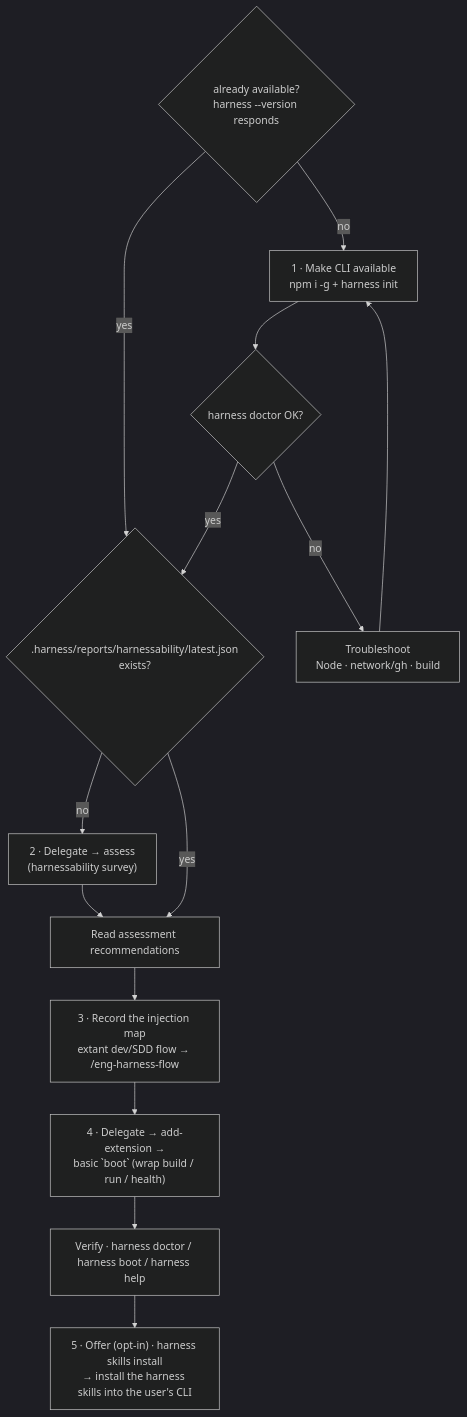
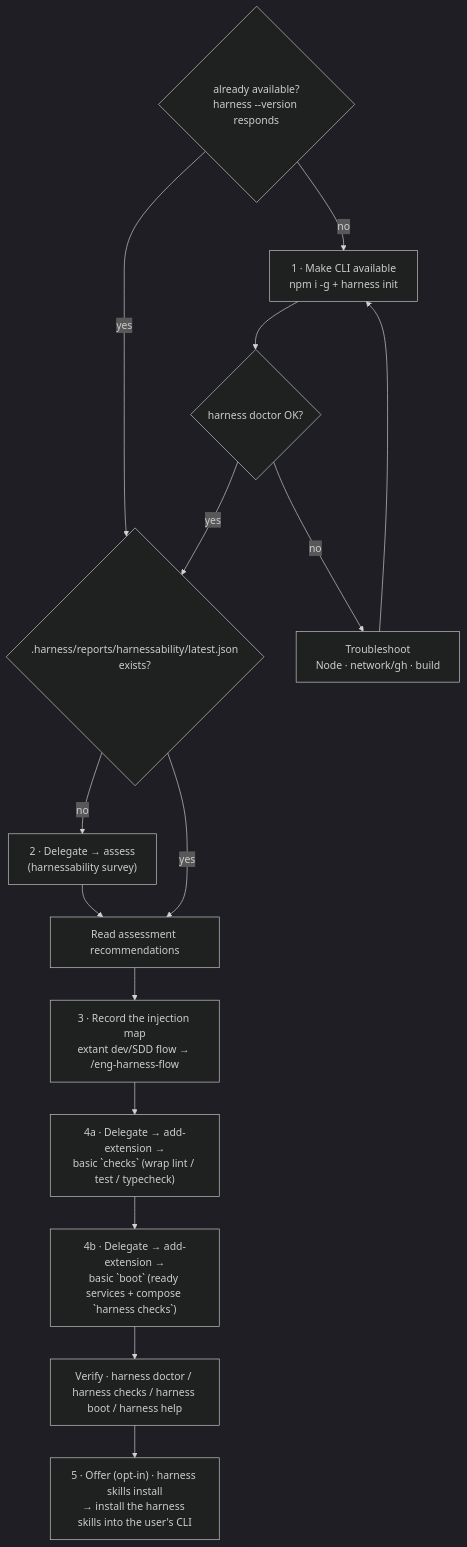
The diagram in skills/eng-harness-flow/references/stages/adopt.md (AI-Substrate/harness-engineering), drawn with Mermaid (dark theme) before and after one commit. The commit also changed other lines of this file and 15 other files, not shown here.

First line of the commit message:
feat(harness): add checks/boot nucleus + doctor quality-gate advisory

````diff
--- a/skills/eng-harness-flow/references/stages/adopt.md
+++ b/skills/eng-harness-flow/references/stages/adopt.md
@@ -23,13 +23,14 @@
 ```mermaid
 flowchart TD
     P{"already available?<br/>harness --version responds"} -- yes --> C
     P -- no --> A["1 · Make CLI available<br/>npm i -g + harness init"] --> Ad{harness doctor OK?}
     Ad -- no --> At["Troubleshoot<br/>Node · network/gh · build"] --> A
     Ad -- yes --> C{".harness/reports/harnessability/latest.json<br/>exists?"}
     C -- no --> D["2 · Delegate → assess<br/>(harnessability survey)"] --> E
     C -- yes --> E["Read assessment recommendations"]
     E --> I["3 · Record the injection map<br/>extant dev/SDD flow → /eng-harness-flow"]
-    I --> F["4 · Delegate → add-extension →<br/>basic `boot` (wrap build / run / health)"]
-    F --> V["Verify · harness doctor / harness boot / harness help"]
+    I --> K["4a · Delegate → add-extension →<br/>basic `checks` (wrap lint / test / typecheck)"]
+    K --> F["4b · Delegate → add-extension →<br/>basic `boot` (ready services + compose `harness checks`)"]
+    F --> V["Verify · harness doctor / harness checks / harness boot / harness help"]
     V --> S["5 · Offer (opt-in) · harness skills install<br/>→ install the harness skills into the user's CLI"]
 ```
````
